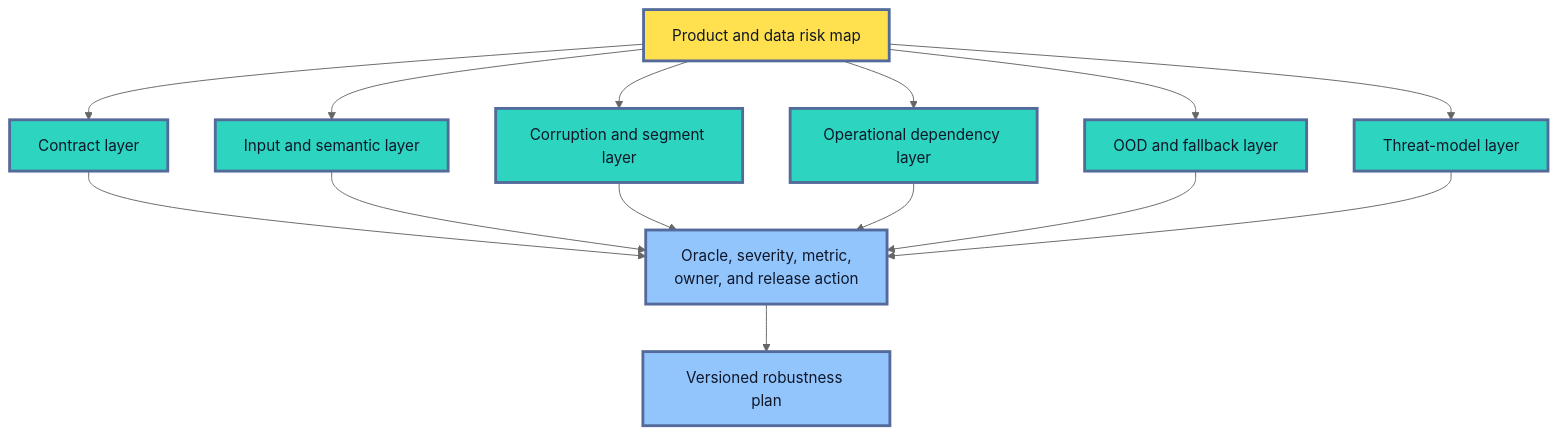
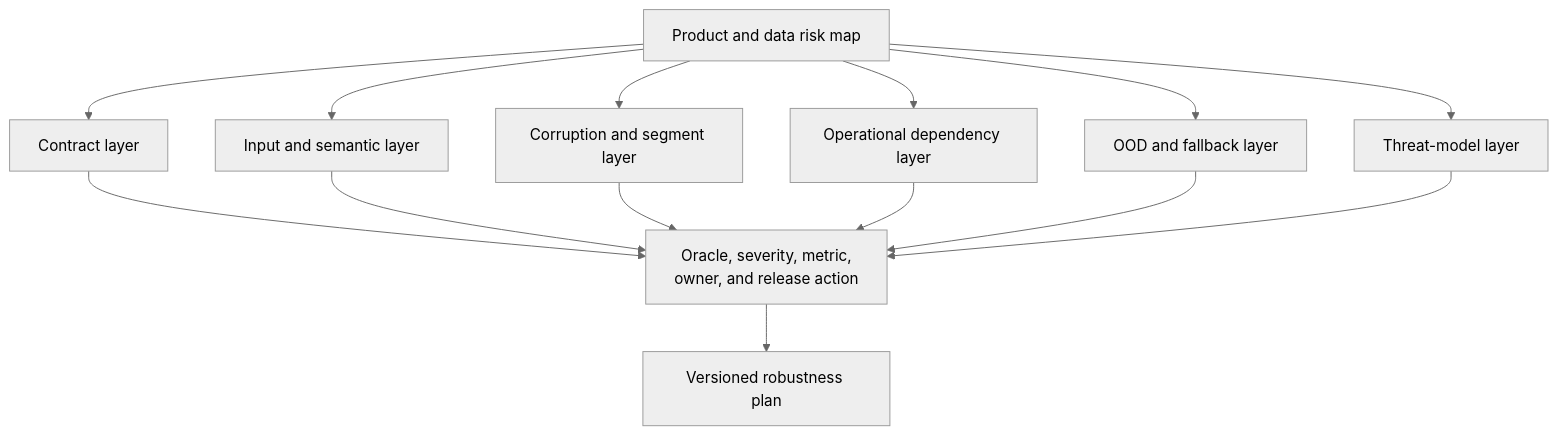
The fourth of 12 diagrams in roadmaps/mlops/modules/model-evaluation/production-readiness/03-robustness-testing-before-release.md (senlinyy/dev-roadmaps), drawn with Mermaid (neutral theme) before and after one commit. The commit also changed other lines of this file and 152 other files, not shown here.

Commit message:
feat: mlops and diagrams updated

````diff
--- a/roadmaps/mlops/modules/model-evaluation/production-readiness/03-robustness-testing-before-release.md
+++ b/roadmaps/mlops/modules/model-evaluation/production-readiness/03-robustness-testing-before-release.md
@@ -218,23 +206,20 @@
 ```mermaid
 flowchart TD
     A["Product and data risk map"] --> B["Contract layer"]
     A --> C["Input and semantic layer"]
     A --> D["Corruption and segment layer"]
     A --> E["Operational dependency layer"]
     A --> F["OOD and fallback layer"]
     A --> G["Threat-model layer"]
     B --> H["Oracle, severity, metric,<br/>owner, and release action"]
     C --> H
     D --> H
     E --> H
     F --> H
     G --> H
     H --> I["Versioned robustness plan"]
 
-    classDef source fill:#FFE04F,stroke:#536A9A,stroke-width:3px,color:#111827
-    classDef layer fill:#2DD4BF,stroke:#536A9A,stroke-width:3px,color:#0F172A
-    classDef plan fill:#93C5FD,stroke:#536A9A,stroke-width:3px,color:#0F172A
     class A source
     class B,C,D,E,F,G layer
     class H,I plan
 ```
````
